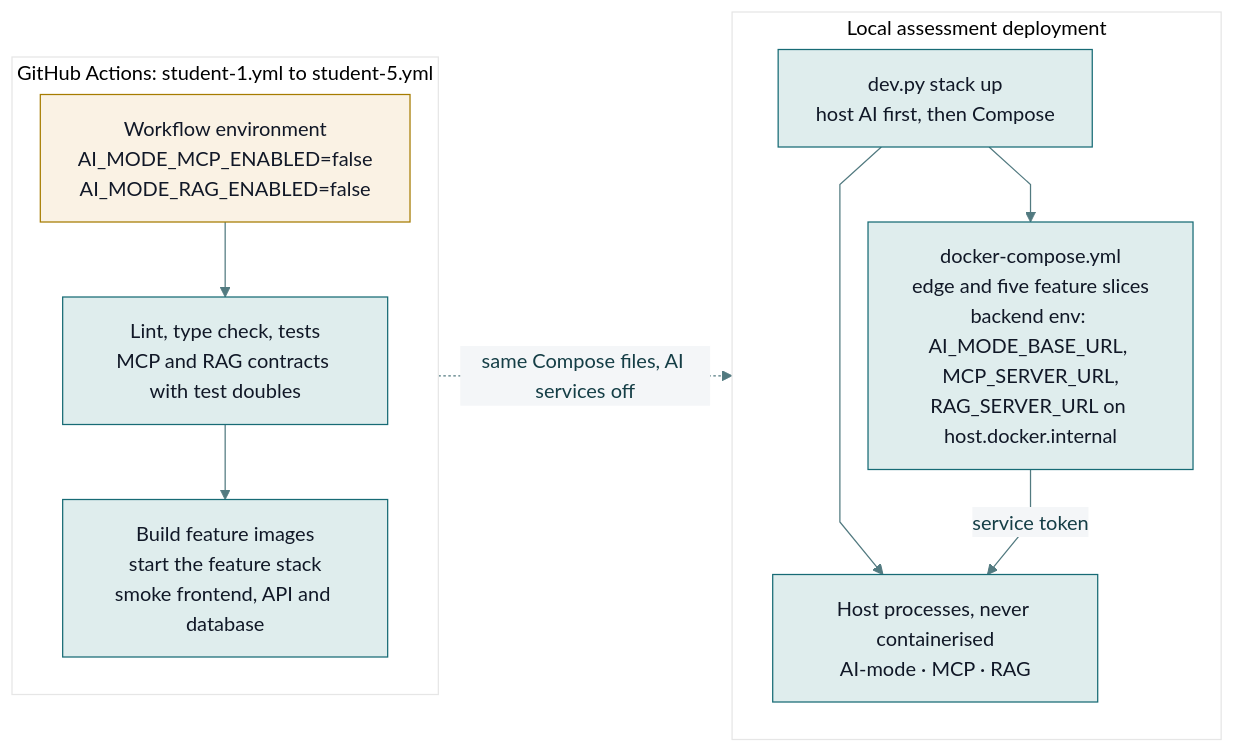
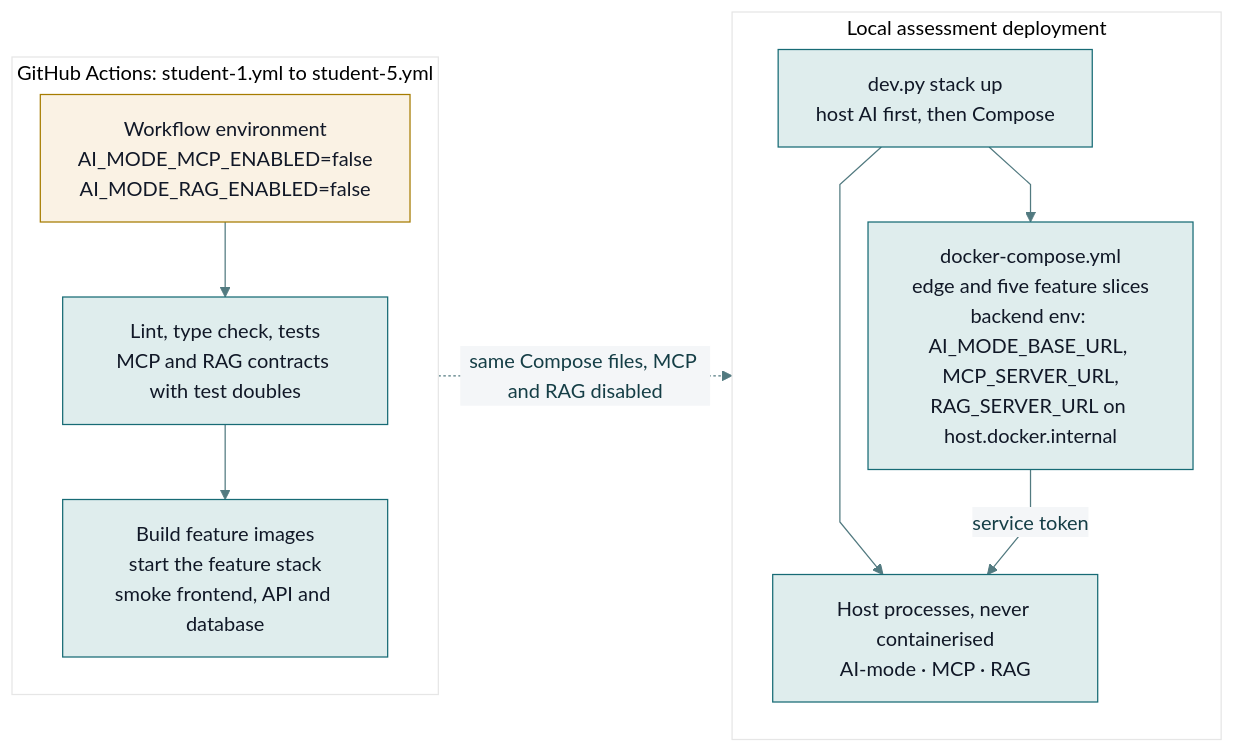
One commit to MattShelton04/41026ASDProject changed the diagram in docs/reports/diagrams/release-1/ci-and-deployment.mmd. Above: the diagram before and after it, drawn with Mermaid. The commit also changed 85 other files, not shown here.

```diff
--- a/docs/reports/diagrams/release-1/ci-and-deployment.mmd
+++ b/docs/reports/diagrams/release-1/ci-and-deployment.mmd
@@ -1,24 +1,24 @@
 %%{init: {"theme":"base","themeVariables":{"fontFamily":"Arial","fontSize":"16px","primaryColor":"#eff6f6","primaryBorderColor":"#6b969b","primaryTextColor":"#153e46","lineColor":"#527a80","secondaryColor":"#f4f6f8","tertiaryColor":"#ffffff"},"flowchart":{"curve":"linear","nodeSpacing":25,"rankSpacing":35}}}%%
 flowchart LR
     subgraph ci["GitHub Actions: student-1.yml to student-5.yml"]
         direction TB
         env["Workflow environment<br/>AI_MODE_MCP_ENABLED=false<br/>AI_MODE_RAG_ENABLED=false"]
         checks["Lint, type check, tests<br/>MCP and RAG contracts with test doubles"]
         build["Build feature images<br/>start the feature stack<br/>smoke frontend, API and database"]
         env --> checks --> build
     end
     subgraph local["Local assessment deployment"]
         direction TB
         up["dev.py stack up<br/>host AI first, then Compose"]
         dc["docker-compose.yml<br/>edge and five feature slices<br/>backend env: AI_MODE_BASE_URL, MCP_SERVER_URL,<br/>RAG_SERVER_URL on host.docker.internal"]
         hostsvc["Host processes, never containerised<br/>AI-mode · MCP · RAG"]
         up --> dc
         up --> hostsvc
         dc -->|service token| hostsvc
     end
-    ci -.->|same Compose files, AI services off| local
+    ci -.->|same Compose files, MCP and RAG disabled| local
 
     classDef shared fill:#dfeded,stroke:#176b75,color:#111827;
     classDef note fill:#faf2e4,stroke:#a67c00,color:#111827;
     class checks,build,up,dc,hostsvc shared;
     class env note;
```
